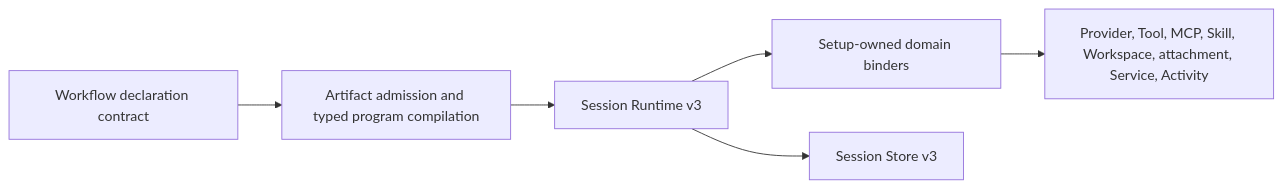
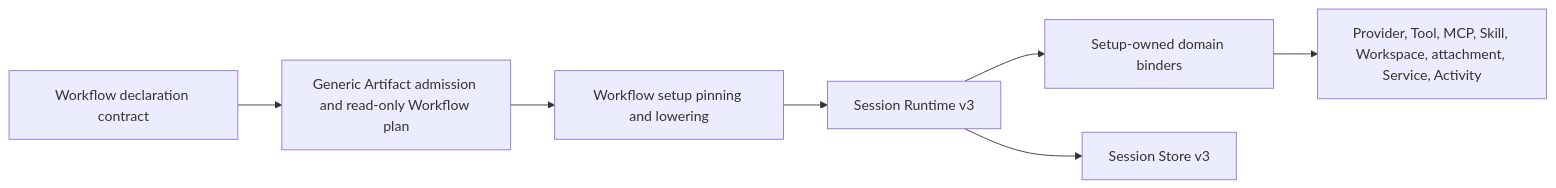
The first of 2 diagrams in devdocs/requirements/workflow_runtime.md (flexigpt/flexigpt-app), drawn with Mermaid before and after one commit. The commit also changed other lines of this file and 1 other file, not shown here.

Commit message:
workflow doc

````diff
--- a/devdocs/requirements/workflow_runtime.md
+++ b/devdocs/requirements/workflow_runtime.md
@@ -97,8 +103,9 @@
 ```mermaid
 flowchart LR
-    A[Workflow declaration contract] --> B[Artifact admission and typed program compilation]
-    B --> C[Session Runtime v3]
-    C --> D[Setup-owned domain binders]
-    D --> E[Provider, Tool, MCP, Skill, Workspace, attachment, Service, Activity]
-    C --> F[Session Store v3]
+    A[Workflow declaration contract] --> B[Generic Artifact admission and read-only Workflow plan]
+    B --> C[Workflow setup pinning and lowering]
+    C --> D[Session Runtime v3]
+    D --> E[Setup-owned domain binders]
+    E --> F[Provider, Tool, MCP, Skill, Workspace, attachment, Service, Activity]
+    D --> G[Session Store v3]
 ```
````
